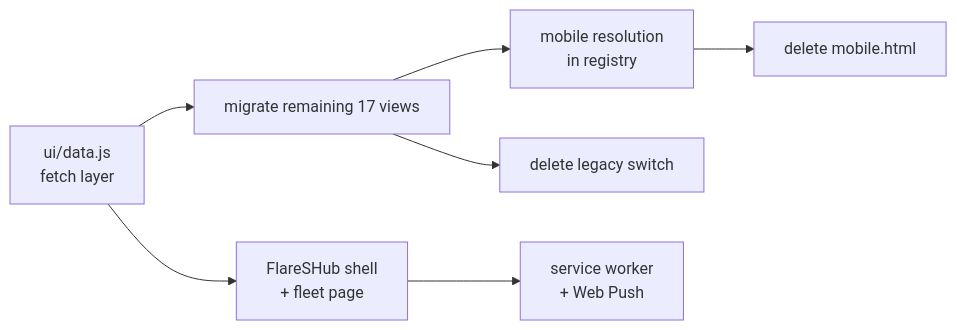
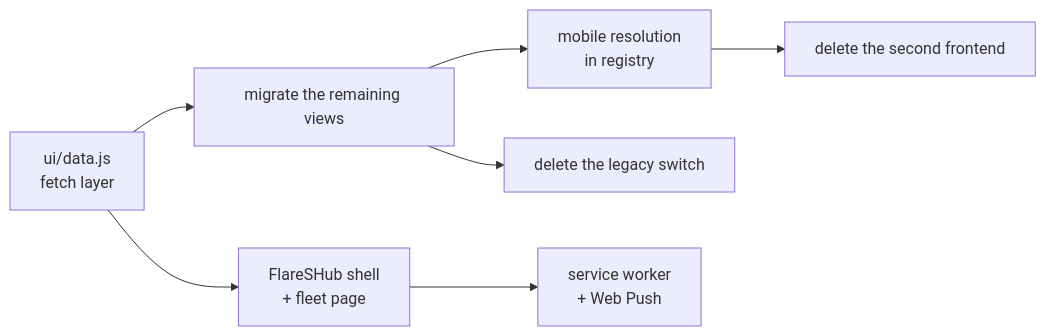
The fourth of 4 diagrams in docs/flareshub-frontend-dag.md (KGSHOPINV/claude-server), drawn with Mermaid before and after one commit. The commit also changed other lines of this file and 26 other files, not shown here.

````diff
--- a/docs/flareshub-frontend-dag.md
+++ b/docs/flareshub-frontend-dag.md
@@ -133,9 +143,9 @@
 ```mermaid
 flowchart LR
-    A["ui/data.js<br/>fetch layer"] --> B[migrate remaining 17 views]
+    A["ui/data.js<br/>fetch layer"] --> B[migrate the remaining views]
     B --> C[mobile resolution<br/>in registry]
-    C --> D[delete mobile.html]
-    B --> E[delete legacy switch]
+    C --> D[delete the second frontend]
+    B --> E[delete the legacy switch]
     A --> F[FlareSHub shell<br/>+ fleet page]
     F --> G[service worker<br/>+ Web Push]
 ```
````
